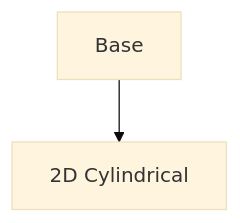
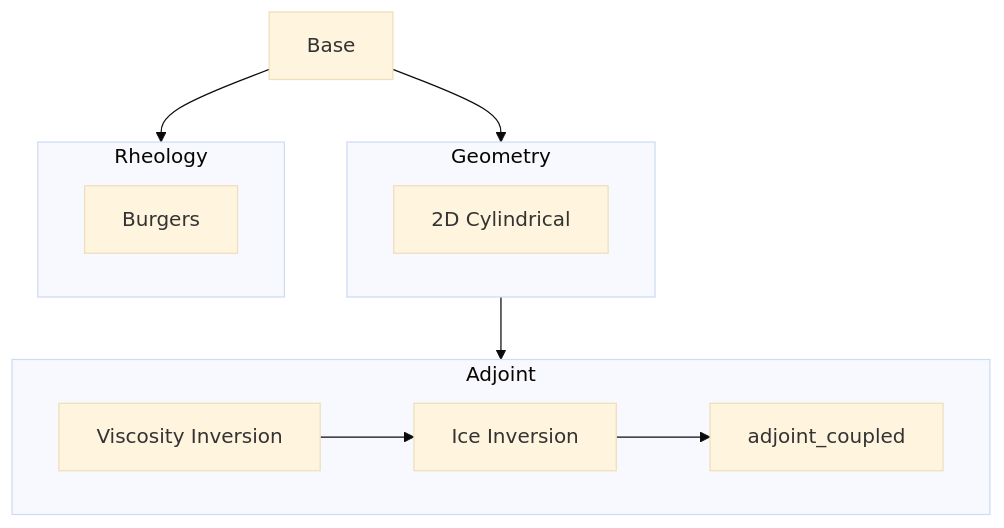
Before and after one commit to g-adopt/g-adopt: the diagram in demos/glacial_isostatic_adjustment/.diagram.mermaid, drawn with Mermaid (base theme).

Commit message:
Populating mermaid

```diff
--- a/demos/glacial_isostatic_adjustment/.diagram.mermaid
+++ b/demos/glacial_isostatic_adjustment/.diagram.mermaid
@@ -1,8 +1,21 @@
 graph TD
   base[Base]
+
+  subgraph geometry[Geometry]
   cylindrical_2d[2D Cylindrical]
+  end
 
-  base --> cylindrical_2d
+  subgraph rheology[Rheology]
+  burgers[Burgers]
+  end
+
+  subgraph adjoint[Adjoint]
+  adjoint_viscosity[Viscosity Inversion] --> adjoint_ice[Ice Inversion] --> adjoint_coupled[adjoint_coupled]
+  end
+
+  base --> geometry
+  base --> rheology
+  geometry --> adjoint
 
   click base "glacial_isostatic_adjustment/base_case"
   click cylindrical_2d "glacial_isostatic_adjustment/2d_cylindrical"
```
